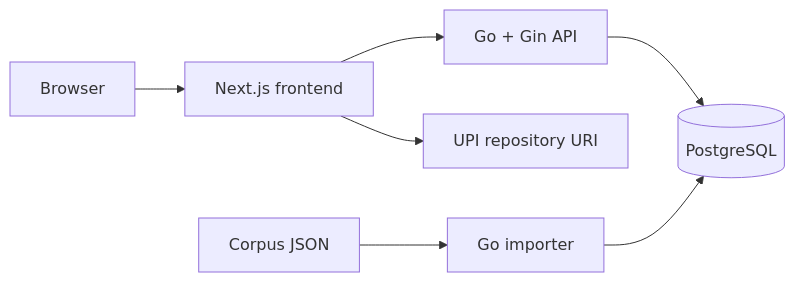
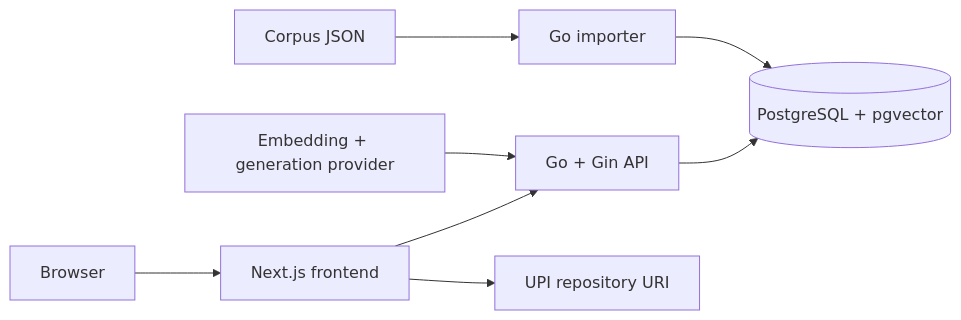
The diagram in README.md (khaesha/reporag), drawn with Mermaid before and after one commit. The commit also changed other lines of this file and 14 other files, not shown here.

````diff
--- a/README.md
+++ b/README.md
@@ -7,9 +7,10 @@
 ```mermaid
 flowchart LR
     B[Browser] --> F[Next.js frontend]
     F --> A[Go + Gin API]
-    A --> P[(PostgreSQL)]
+    A --> P[(PostgreSQL + pgvector)]
     J[Corpus JSON] --> I[Go importer]
     I --> P
+    E[Embedding + generation provider] --> A
     F --> U[UPI repository URI]
 ```
````
